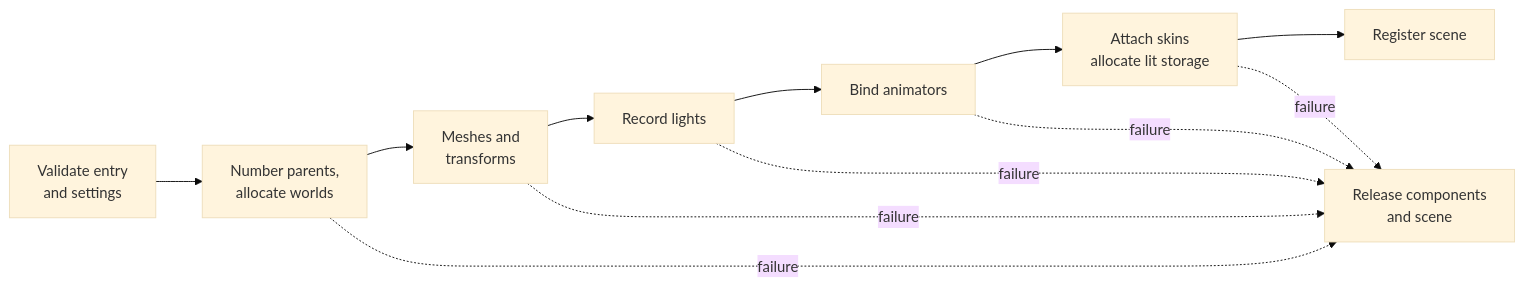
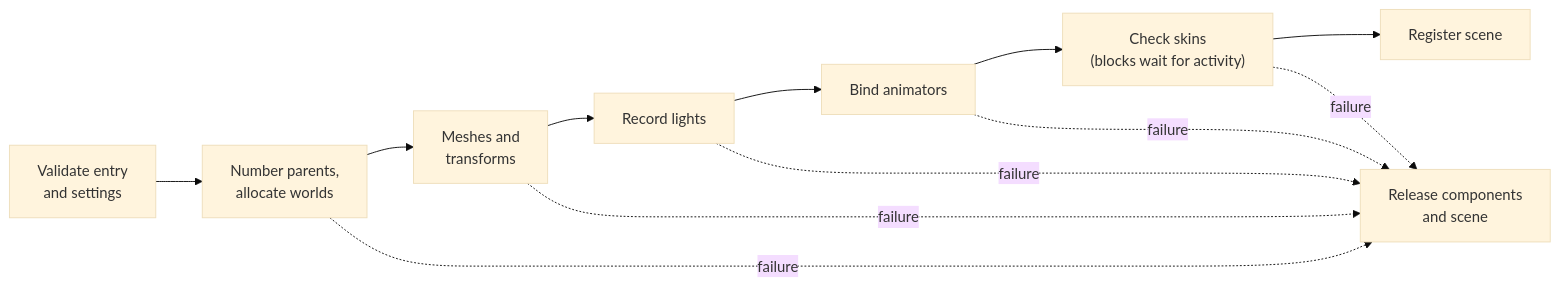
One commit to jose-villegas/autana changed the diagram in docs/render/scene/Scene-Loading.md. Above: the diagram before and after it, drawn with Mermaid (base theme). The commit also changed other lines of this file and 11 other files, not shown here.

````diff
--- a/docs/render/scene/Scene-Loading.md
+++ b/docs/render/scene/Scene-Loading.md
@@ -101,10 +101,10 @@
 ```mermaid
 flowchart LR
     Entry["Validate entry<br/>and settings"] --> Worlds["Number parents,<br/>allocate worlds"]
     Worlds --> Mesh["Meshes and<br/>transforms"]
     Mesh --> Lights["Record lights"]
     Lights --> Anim["Bind animators"]
-    Anim --> Skins["Attach skins<br/>allocate lit storage"]
+    Anim --> Skins["Check skins<br/>(blocks wait for activity)"]
     Skins --> Ready["Register scene"]
     Worlds & Mesh & Lights & Anim & Skins -. failure .-> Cleanup["Release components<br/>and scene"]
 ```
````
